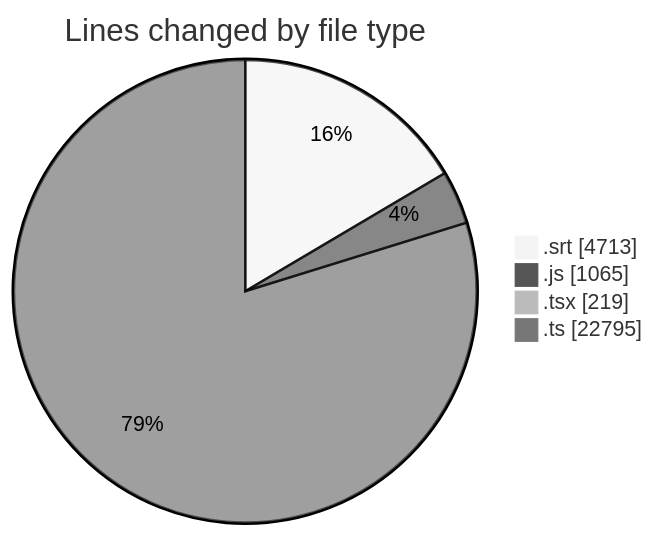
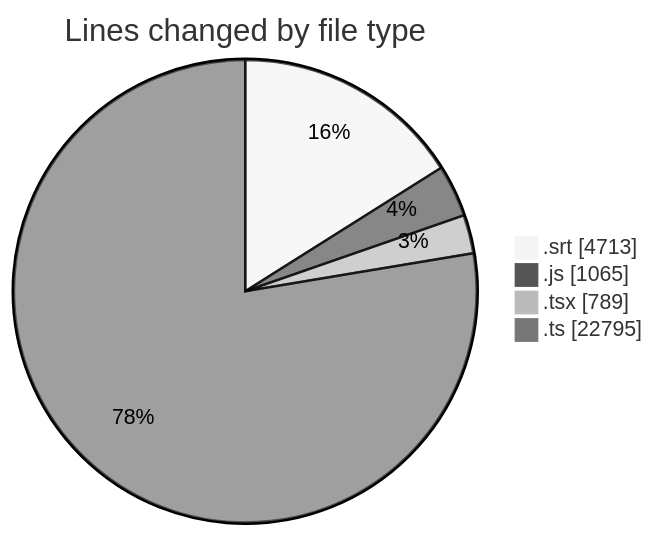
One commit to momahboobian/code-tracking changed the first of 2 diagrams in 2026-09-21/cda/README.md. Above: the diagram before and after it, drawn with Mermaid (neutral theme). The commit also changed other lines of this file and 1 other file, not shown here.

````diff
--- a/2026-09-21/cda/README.md
+++ b/2026-09-21/cda/README.md
@@ -33,8 +34,8 @@
 ```mermaid
 pie showData
 title Lines changed by file type
 ".srt" : 4713
 ".js" : 1065
-".tsx" : 219
+".tsx" : 789
 ".ts" : 22795
 ```
````
